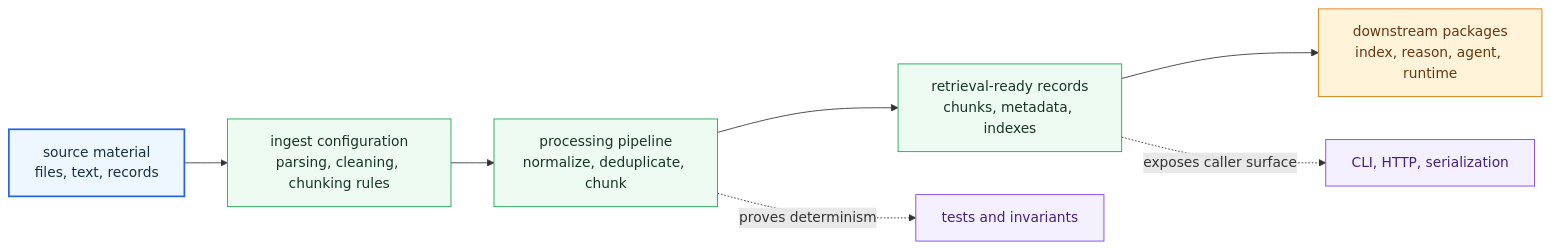
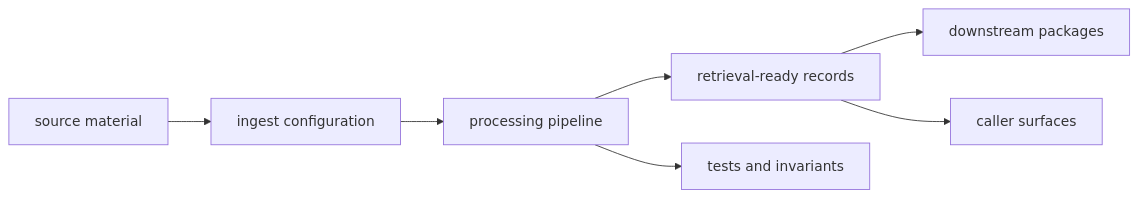
One commit to bijux/bijux-canon changed the diagram in docs/02-bijux-canon-ingest/index.md. Above: the diagram before and after it, drawn with Mermaid. The commit also changed other lines of this file, not shown here.

Commit message:
docs(ingest): simplify preparation handbook map

````diff
--- a/docs/02-bijux-canon-ingest/index.md
+++ b/docs/02-bijux-canon-ingest/index.md
@@ -24,21 +24,14 @@
 ```mermaid
 flowchart LR
-    source["source material<br/>files, text, records"]
-    config["ingest configuration<br/>parsing, cleaning, chunking rules"]
-    processing["processing pipeline<br/>normalize, deduplicate, chunk"]
-    retrieval["retrieval-ready records<br/>chunks, metadata, indexes"]
-    downstream["downstream packages<br/>index, reason, agent, runtime"]
+    source["source material"]
+    config["ingest configuration"]
+    processing["processing pipeline"]
+    retrieval["retrieval-ready records"]
+    tests["tests and invariants"]
+    interfaces["caller surfaces"]
+    downstream["downstream packages"]
 
     source --> config --> processing --> retrieval --> downstream
-    processing -. proves determinism .-> tests["tests and invariants"]
-    retrieval -. exposes caller surface .-> interfaces["CLI, HTTP, serialization"]
-
-    classDef page fill:#eef6ff,stroke:#2563eb,color:#153145,stroke-width:2px;
-    classDef positive fill:#eefbf3,stroke:#16a34a,color:#173622;
-    classDef anchor fill:#f4f0ff,stroke:#7c3aed,color:#47207f;
-    classDef action fill:#fff4da,stroke:#d97706,color:#6b3410;
-    class source page;
-    class config,processing,retrieval positive;
-    class tests,interfaces anchor;
-    class downstream action;
+    processing --> tests
+    retrieval --> interfaces
 ```
````
